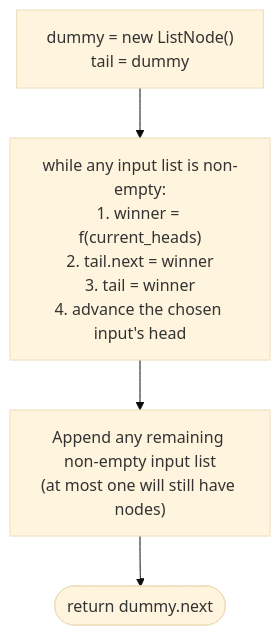
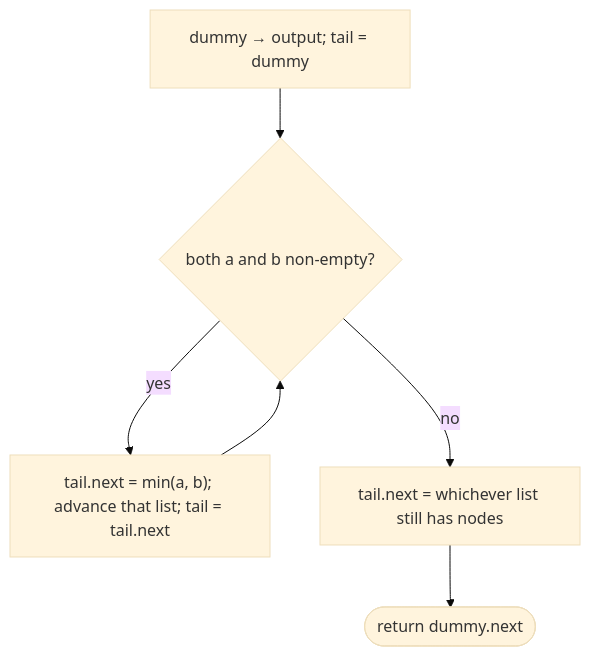
The diagram in content/cortex/data-structures-and-algorithms/02-linear-structures/03-singly-linked-list/12-pattern-merge/01-pattern.md (ani2fun/codefolio), drawn with Mermaid (base theme) before and after one commit. The commit also changed other lines of this file and 1049 other files, not shown here.

````diff
--- a/content/cortex/data-structures-and-algorithms/02-linear-structures/03-singly-linked-list/12-pattern-merge/01-pattern.md
+++ b/content/cortex/data-structures-and-algorithms/02-linear-structures/03-singly-linked-list/12-pattern-merge/01-pattern.md
@@ -53,8 +55,8 @@
 ```mermaid
 flowchart TB
-    INIT["dummy = new ListNode()<br/>tail = dummy"]
-    LOOP["while any input list is non-empty:<br/>1. winner = f(current_heads)<br/>2. tail.next = winner<br/>3. tail = winner<br/>4. advance the chosen input's head"]
-    DRAIN["Append any remaining non-empty input list<br/>(at most one will still have nodes)"]
-    RET(["return dummy.next"])
-    INIT --> LOOP --> DRAIN --> RET
+  I["dummy → output; tail = dummy"] --> Q{"both a and b non-empty?"}
+  Q -->|"yes"| C["tail.next = min(a, b); advance that list; tail = tail.next"]
+  C --> Q
+  Q -->|"no"| R["tail.next = whichever list still has nodes"]
+  R --> D(["return dummy.next"])
 ```
````
